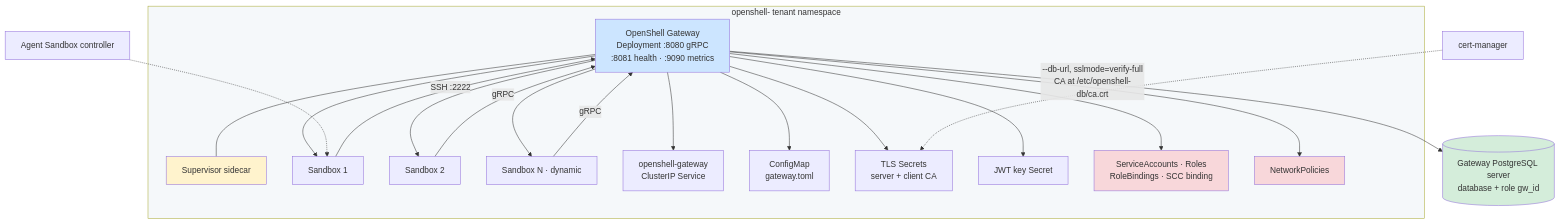
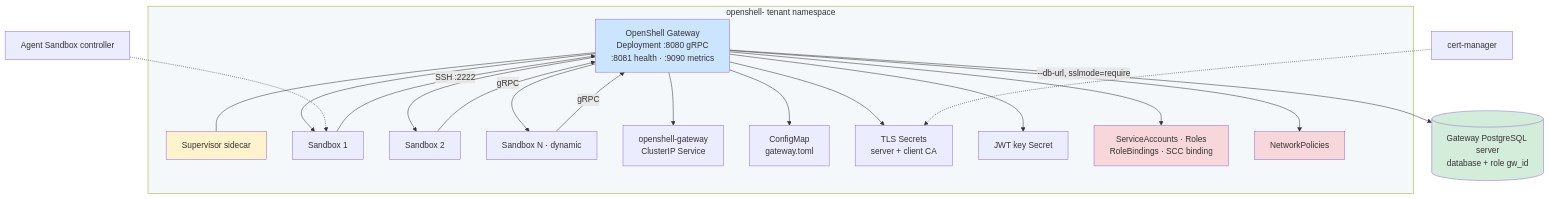
One commit to jonmosco/hypershell changed the diagram in docs/architecture/source/gateway-workload.md. Above: the diagram before and after it, drawn with Mermaid. The commit also changed 14 other files, not shown here.

````diff
--- a/docs/architecture/source/gateway-workload.md
+++ b/docs/architecture/source/gateway-workload.md
@@ -9,39 +9,39 @@
 ```mermaid
 graph TB
   subgraph NS[openshell-<gateway-id> tenant namespace]
     GW[OpenShell Gateway<br/>Deployment :8080 gRPC<br/>:8081 health · :9090 metrics]
     SUP[Supervisor sidecar]
     S1[Sandbox 1]
     S2[Sandbox 2]
     SN[Sandbox N · dynamic]
     SVC[openshell-gateway<br/>ClusterIP Service]
     CFG[ConfigMap<br/>gateway.toml]
     TLS[TLS Secrets<br/>server + client CA]
     JWT[JWT key Secret]
     RBAC[ServiceAccounts · Roles<br/>RoleBindings · SCC binding]
     NP[NetworkPolicies]
     GW --- SUP
     GW --> SVC
     GW --> CFG
     GW --> TLS
     GW --> JWT
     GW --> RBAC
     GW --> NP
     GW --> S1
     GW --> S2
     GW --> SN
     S1 -->|SSH :2222| GW
     S2 -->|gRPC| GW
     SN -->|gRPC| GW
   end
   DB[(Gateway PostgreSQL server<br/>database + role gw_id)]
-  GW -->|--db-url, sslmode=verify-full<br/>CA at /etc/openshell-db/ca.crt| DB
+  GW -->|--db-url, sslmode=require| DB
   CERT[cert-manager] -.-> TLS
   AGENT[Agent Sandbox controller] -.-> S1
   style NS fill:#f5f8fa
   style GW fill:#cce5ff
   style SUP fill:#fff3cd
   style DB fill:#d4edda
   style RBAC fill:#f8d7da
   style NP fill:#f8d7da
 ```
````
